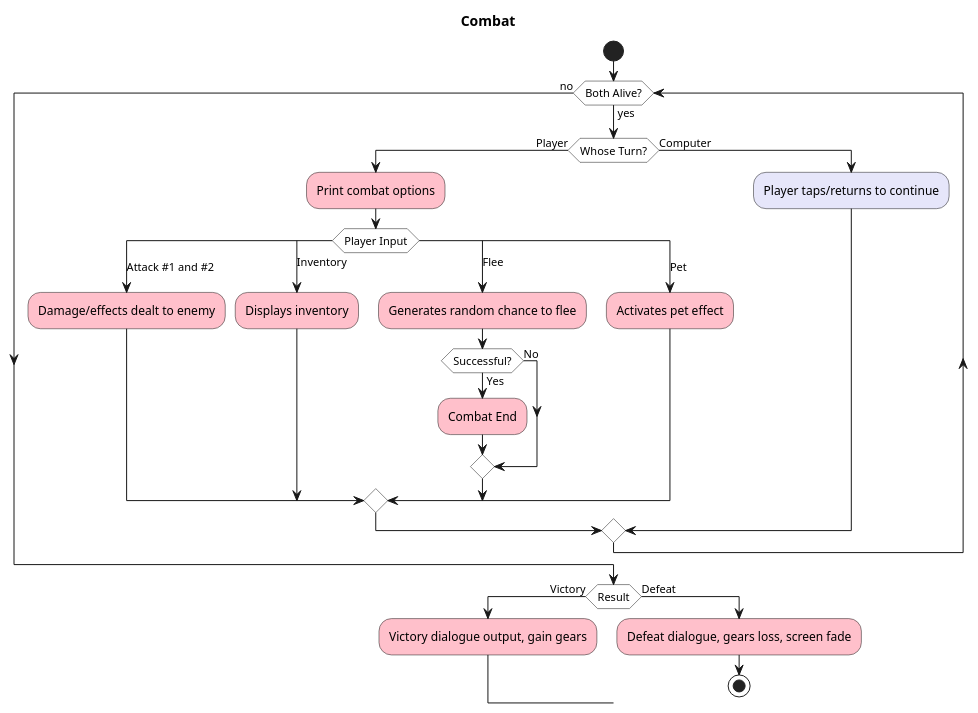
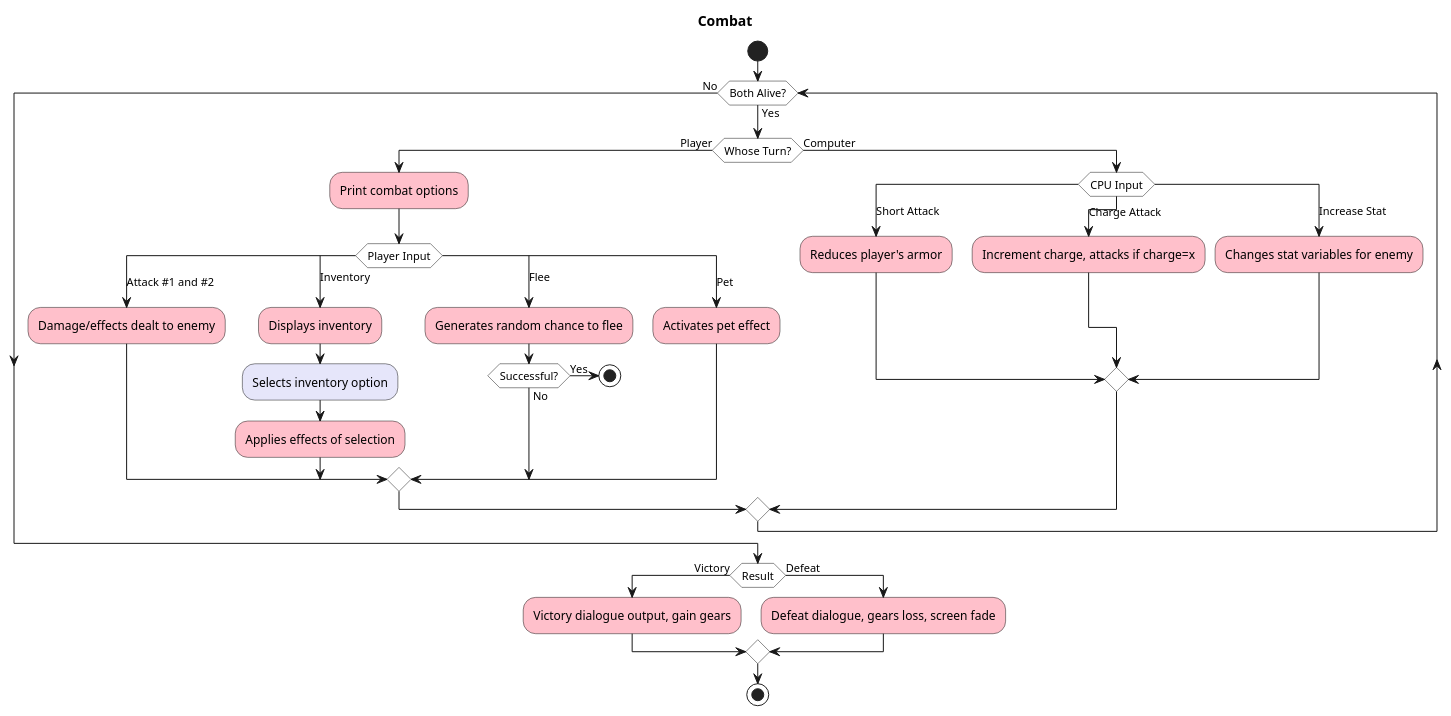
One commit to BillCheng9/Steampunk-Game changed the diagram in use-cases/combat.md. Above: the diagram before and after it, drawn with PlantUML. The commit also changed other lines of this file, not shown here.

Commit message:
Added combat plantuml

````diff
--- a/use-cases/combat.md
+++ b/use-cases/combat.md
@@ -16,38 +15,48 @@
-@startuml
+```plantuml
 <style>
 diamond {
   BackgroundColor White
 }
 </style>
 
 title Combat
 
 start
-while (Both Alive?) is (yes)
+while (Both Alive?) is (Yes)
 if (Whose Turn?) then (Player)
 #pink:Print combat options;
 switch (Player Input)
 case (Attack #1 and #2)
 #pink:Damage/effects dealt to enemy;
 case (Inventory)
 #pink:Displays inventory;
+#lavender:Selects inventory option;
+#pink:Applies effects of selection;
 case (Flee)
 #pink:Generates random chance to flee;
 if (Successful?) then (Yes)
-#pink:Combat End;
+stop
 else (No)
 endif
 case (Pet)
 #pink:Activates pet effect;
 endswitch
 else (Computer)
-#lavender:Player taps/returns to continue;
+switch (CPU Input)
+case (Short Attack)
+#pink:Reduces player's armor;
+case (Charge Attack)
+#pink:Increment charge, attacks if charge=x;
+case (Increase Stat)
+#pink:Changes stat variables for enemy;
+endswitch
 endif
-endwhile (no)
+endwhile (No)
 if (Result) then (Victory)
 #pink:Victory dialogue output, gain gears;
 else (Defeat)
 #pink:Defeat dialogue, gears loss, screen fade;
+endif
 
 stop
-@enduml
+```
````
